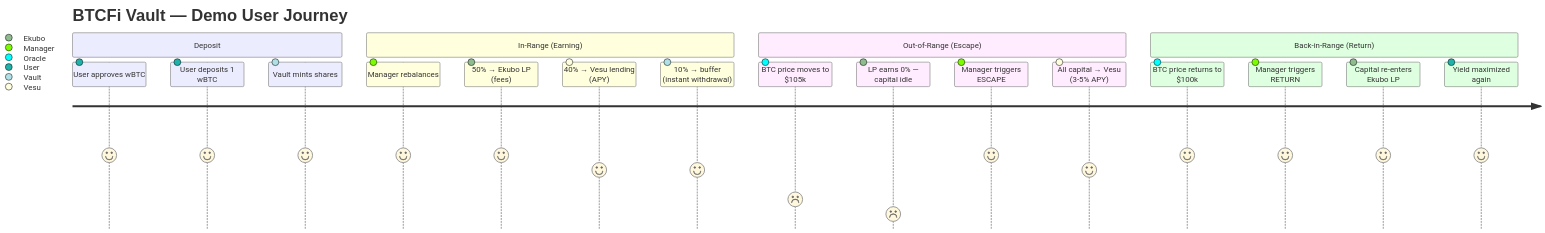
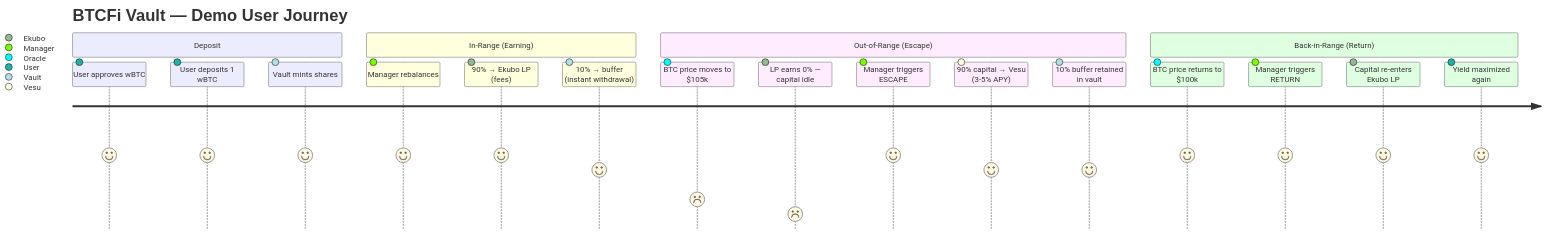
The fourth of 5 diagrams in README.md (hoddukzoa12/BTCLP), drawn with Mermaid before and after one commit. The commit also changed other lines of this file and 1 other file, not shown here.

````diff
--- a/README.md
+++ b/README.md
@@ -233,23 +233,23 @@
 ```mermaid
 journey
     title BTCFi Vault — Demo User Journey
     section Deposit
         User approves wBTC: 5: User
         User deposits 1 wBTC: 5: User
         Vault mints shares: 5: Vault
     section In-Range (Earning)
         Manager rebalances: 5: Manager
-        50% → Ekubo LP (fees): 5: Ekubo
-        40% → Vesu lending (APY): 4: Vesu
+        90% → Ekubo LP (fees): 5: Ekubo
         10% → buffer (instant withdrawal): 4: Vault
     section Out-of-Range (Escape)
         BTC price moves to $105k: 2: Oracle
         LP earns 0% — capital idle: 1: Ekubo
         Manager triggers ESCAPE: 5: Manager
-        All capital → Vesu (3-5% APY): 4: Vesu
+        90% capital → Vesu (3-5% APY): 4: Vesu
+        10% buffer retained in vault: 4: Vault
     section Back-in-Range (Return)
         BTC price returns to $100k: 5: Oracle
         Manager triggers RETURN: 5: Manager
         Capital re-enters Ekubo LP: 5: Ekubo
         Yield maximized again: 5: User
 ```
````
